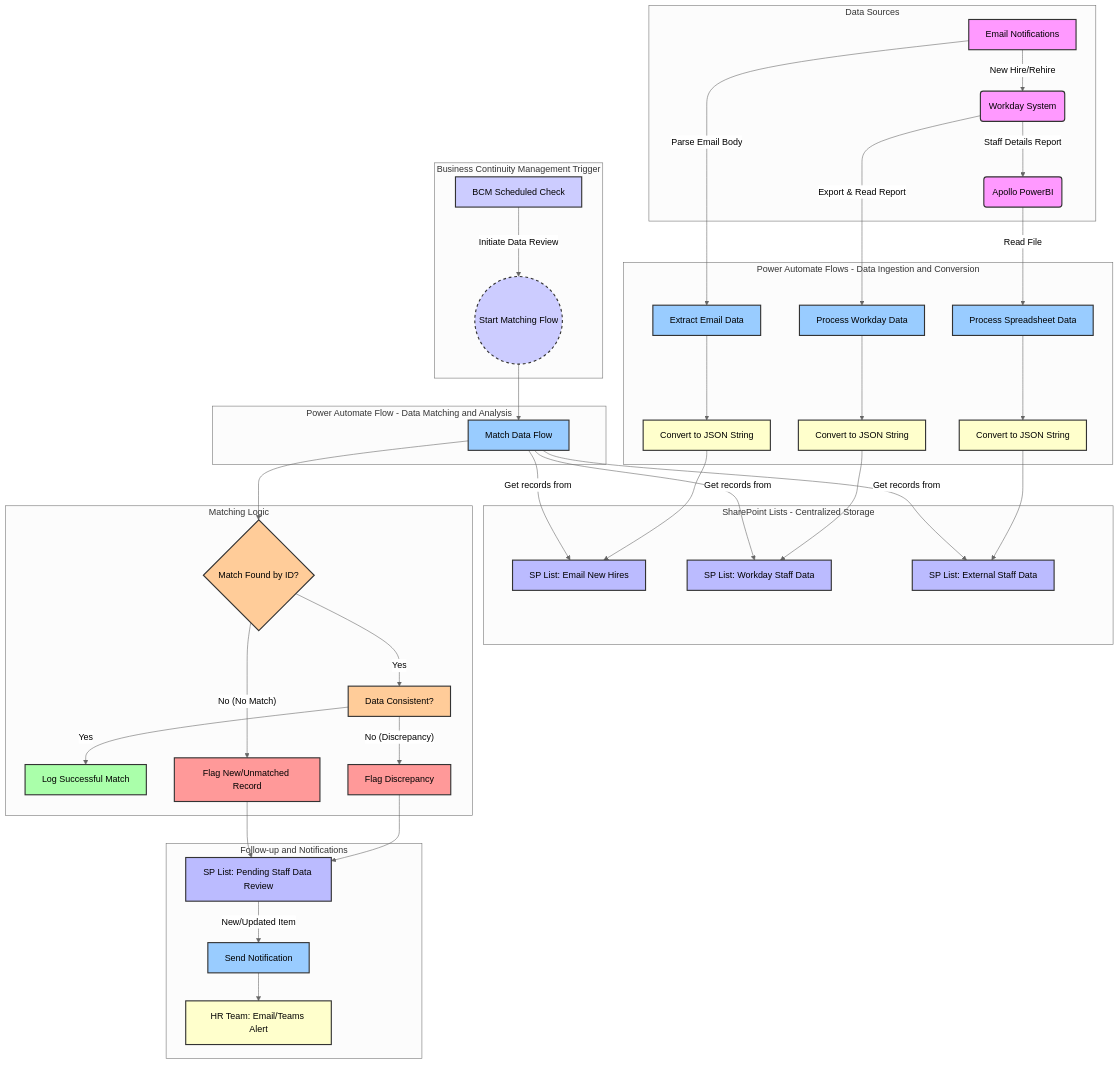
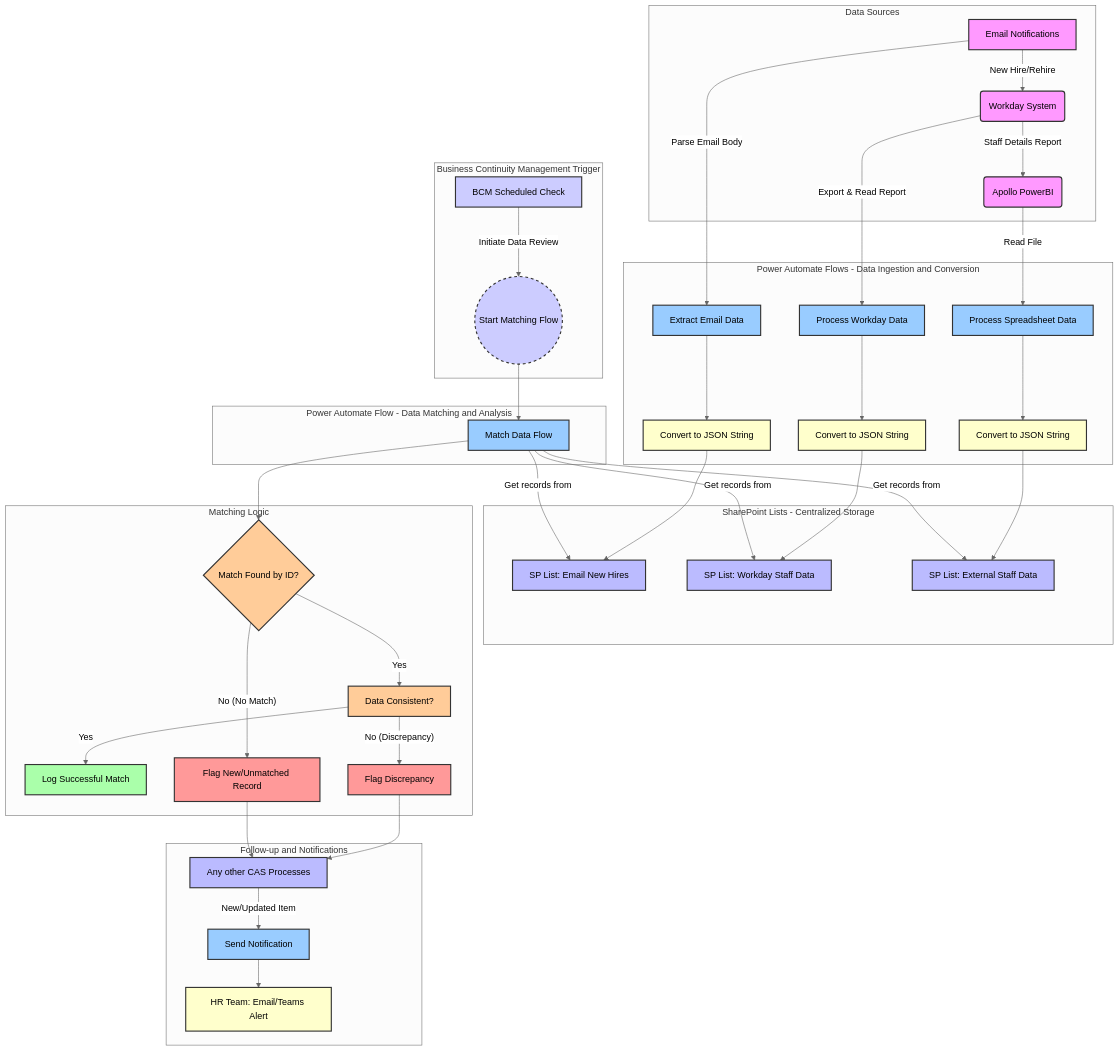
Before and after one commit to kairin/mermaid: the diagram in README.md, drawn with Mermaid.

````diff
--- a/README.md
+++ b/README.md
@@ -1,79 +1,79 @@
 ```mermaid
 
 
 %%{init: {'theme': 'neutral'}}%%
 graph TD
     subgraph Data Sources
         A[Email Notifications] -->|New Hire/Rehire| B(Workday System)
         B -->|Staff Details Report| C(Apollo PowerBI)
     end
 
     subgraph Power Automate Flows - Data Ingestion and Conversion
         A -- Parse Email Body --> PA1[Extract Email Data]
         PA1 --> JSON1[Convert to JSON String]
         
         B -- Export & Read Report --> PA2[Process Workday Data]
         PA2 --> JSON2[Convert to JSON String]
         
         C -- Read File --> PA3[Process Spreadsheet Data]
         PA3 --> JSON3[Convert to JSON String]
     end
 
     subgraph SharePoint Lists - Centralized Storage
         JSON1 --> SP1[SP List: Email New Hires]
         JSON2 --> SP2[SP List: Workday Staff Data]
         JSON3 --> SP3[SP List: External Staff Data]
     end
 
     subgraph Business Continuity Management Trigger
         BCM_Trigger[BCM Scheduled Check] -->|Initiate Data Review| PA4_Start
     end
 
     subgraph Power Automate Flow - Data Matching and Analysis
         PA4_Start((Start Matching Flow)) --> PA4[Match Data Flow]
         PA4 -->|Get records from| SP2
         PA4 -->|Get records from| SP1
         PA4 -->|Get records from| SP3
     end
 
     subgraph Matching Logic
         PA4 --> D{Match Found by ID?}
         D -- Yes --> E[Data Consistent?]
         E -- Yes --> F[Log Successful Match]
         E -- No (Discrepancy) --> G[Flag Discrepancy]
         D -- No (No Match) --> H[Flag New/Unmatched Record]
     end
 
     subgraph Follow-up and Notifications
-        G --> SP4[SP List: Pending Staff Data Review]
+        G --> SP4[Any other CAS Processes]
         H --> SP4
         SP4 -- New/Updated Item --> PA5[Send Notification]
         PA5 --> I[HR Team: Email/Teams Alert]
     end
 
     style A fill:#f9f,stroke:#333,stroke-width:2px
     style B fill:#f9f,stroke:#333,stroke-width:2px
     style C fill:#f9f,stroke:#333,stroke-width:2px
     style PA1 fill:#9cf,stroke:#333,stroke-width:2px
     style PA2 fill:#9cf,stroke:#333,stroke-width:2px
     style PA3 fill:#9cf,stroke:#333,stroke-width:2px
     style JSON1 fill:#ffc,stroke:#333,stroke-width:2px
     style JSON2 fill:#ffc,stroke:#333,stroke-width:2px
     style JSON3 fill:#ffc,stroke:#333,stroke-width:2px
     style SP1 fill:#bbf,stroke:#333,stroke-width:2px
     style SP2 fill:#bbf,stroke:#333,stroke-width:2px
     style SP3 fill:#bbf,stroke:#333,stroke-width:2px
     style PA4 fill:#9cf,stroke:#333,stroke-width:2px
     style PA4_Start fill:#ccf,stroke:#333,stroke-width:2px,stroke-dasharray: 5 5
     style BCM_Trigger fill:#ccf,stroke:#333,stroke-width:2px
     style D fill:#fc9,stroke:#333,stroke-width:2px
     style E fill:#fc9,stroke:#333,stroke-width:2px
     style F fill:#afa,stroke:#333,stroke-width:2px
     style G fill:#f99,stroke:#333,stroke-width:2px
     style H fill:#f99,stroke:#333,stroke-width:2px
     style SP4 fill:#bbf,stroke:#333,stroke-width:2px
     style PA5 fill:#9cf,stroke:#333,stroke-width:2px
     style I fill:#ffc,stroke:#333,stroke-width:2px
 
 
 ```
````
